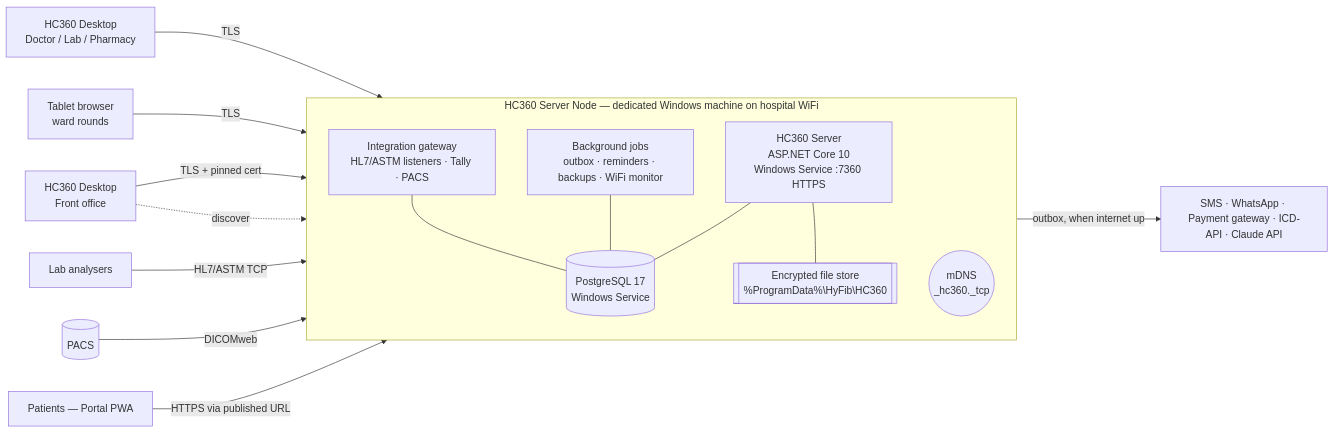
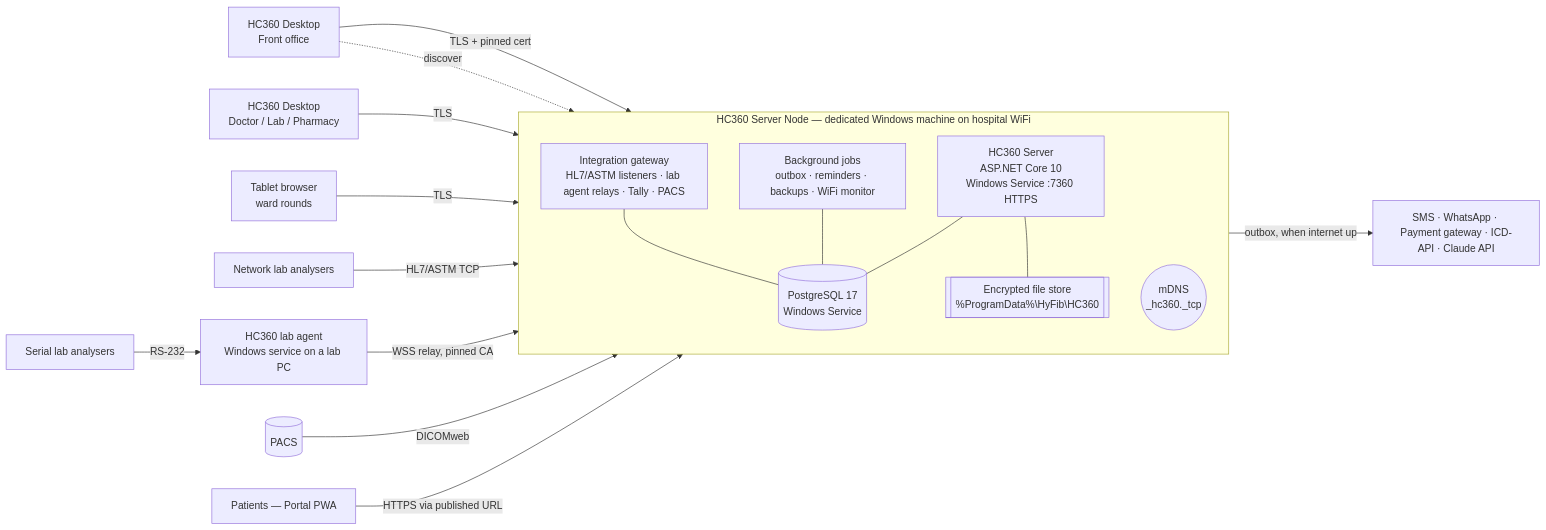
Before and after one commit to HyFib/HyFib-HealthCare360-NanaHospitals: the first of 2 diagrams in docs/architecture/ARCHITECTURE.md, drawn with Mermaid. The commit also changed other lines of this file and 4 other files, not shown here.

First line of the commit message:
Document lab analysers: serial lab agents, order download and HL7 host queries

````diff
--- a/docs/architecture/ARCHITECTURE.md
+++ b/docs/architecture/ARCHITECTURE.md
@@ -26,24 +26,26 @@
 ```mermaid
 flowchart LR
   subgraph SN[HC360 Server Node — dedicated Windows machine on hospital WiFi]
     direction TB
     API[HC360 Server<br/>ASP.NET Core 10<br/>Windows Service :7360 HTTPS]
     WRK[Background jobs<br/>outbox · reminders · backups · WiFi monitor]
-    GW[Integration gateway<br/>HL7/ASTM listeners · Tally · PACS]
+    GW[Integration gateway<br/>HL7/ASTM listeners · lab agent relays · Tally · PACS]
     DB[(PostgreSQL 17<br/>Windows Service)]
     FS[[Encrypted file store<br/>%ProgramData%\HyFib\HC360]]
     MDNS((mDNS<br/>_hc360._tcp))
     API --- DB
     WRK --- DB
     GW --- DB
     API --- FS
   end
   WS1[HC360 Desktop<br/>Front office] -- TLS + pinned cert --> API
   WS2[HC360 Desktop<br/>Doctor / Lab / Pharmacy] -- TLS --> API
   TAB[Tablet browser<br/>ward rounds] -- TLS --> API
-  AN[Lab analysers] -- HL7/ASTM TCP --> GW
+  AN[Network lab analysers] -- HL7/ASTM TCP --> GW
+  LA[HC360 lab agent<br/>Windows service on a lab PC] -- WSS relay, pinned CA --> GW
+  SAN[Serial lab analysers] -- RS-232 --> LA
   PACS[(PACS)] -- DICOMweb --> GW
   API -- outbox, when internet up --> EXT[SMS · WhatsApp · Payment gateway · ICD-API · Claude API]
   PAT[Patients — Portal PWA] -- HTTPS via published URL --> API
   WS1 -. discover .-> MDNS
 ```
````
